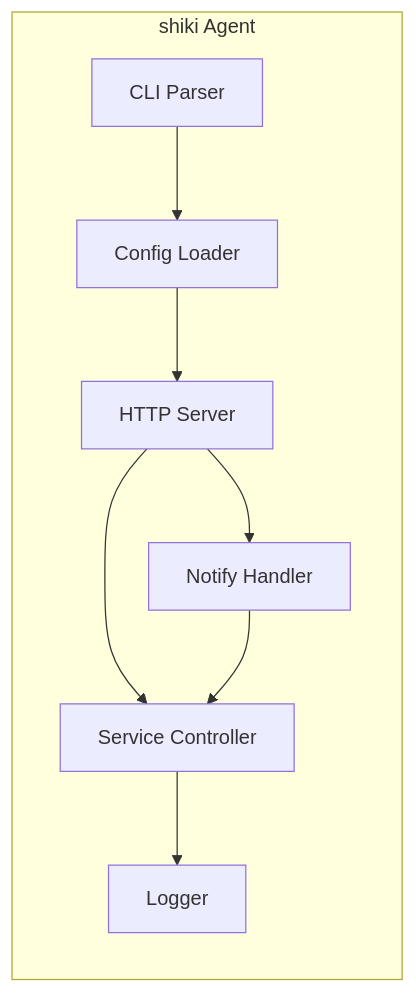
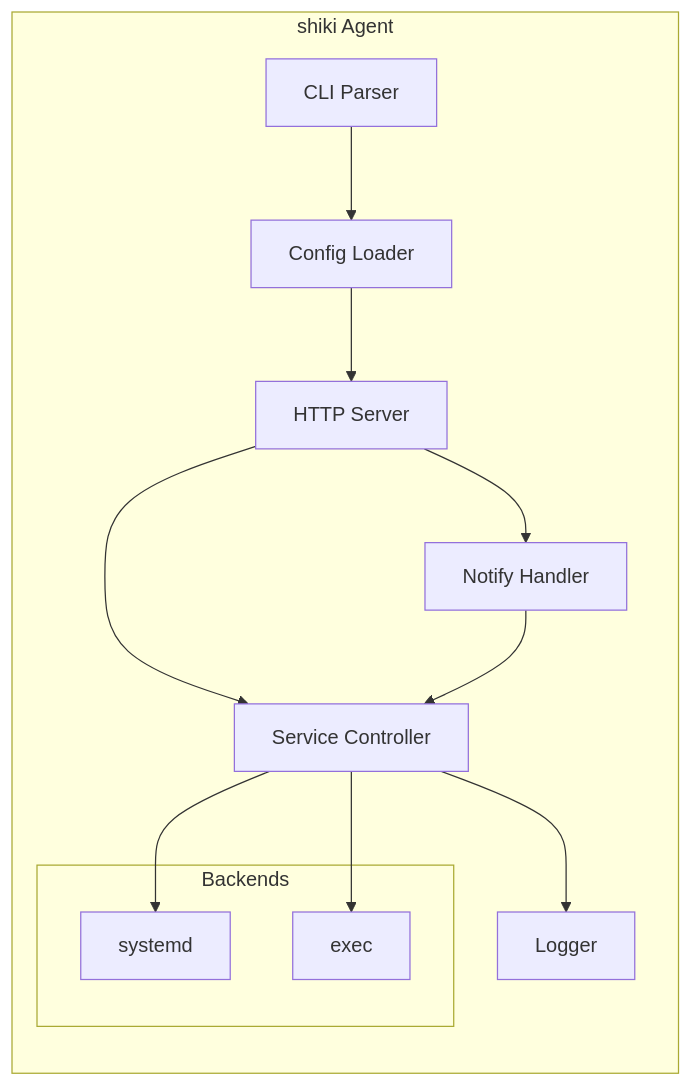
The fourth of 4 diagrams in docs/DESIGN.md (pirakansa/shiki), drawn with Mermaid before and after one commit. The commit also changed other lines of this file and 5 other files, not shown here.

````diff
--- a/docs/DESIGN.md
+++ b/docs/DESIGN.md
@@ -120,18 +213,25 @@
 ```mermaid
 graph LR
     subgraph "shiki Agent"
         CLI[CLI Parser]
         CFG[Config Loader]
         HTTP[HTTP Server]
         NOTIFY[Notify Handler]
         SVC[Service Controller]
         LOG[Logger]
+        
+        subgraph "Backends"
+            SYSD[systemd]
+            EXEC[exec]
+        end
     end
     
     CLI --> CFG
     CFG --> HTTP
     HTTP --> NOTIFY
     HTTP --> SVC
     NOTIFY --> SVC
+    SVC --> SYSD
+    SVC --> EXEC
     SVC --> LOG
 ```
````
